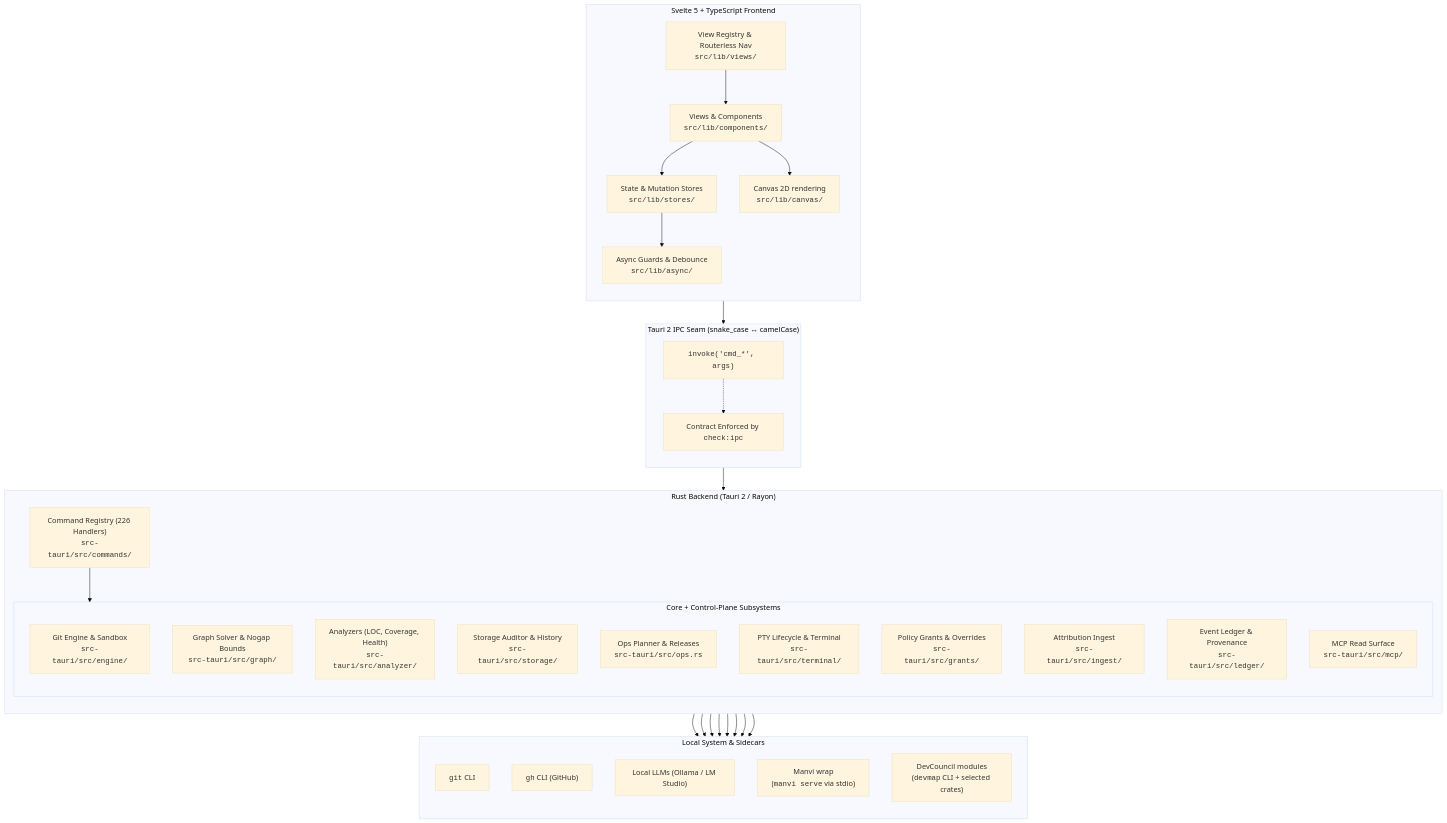
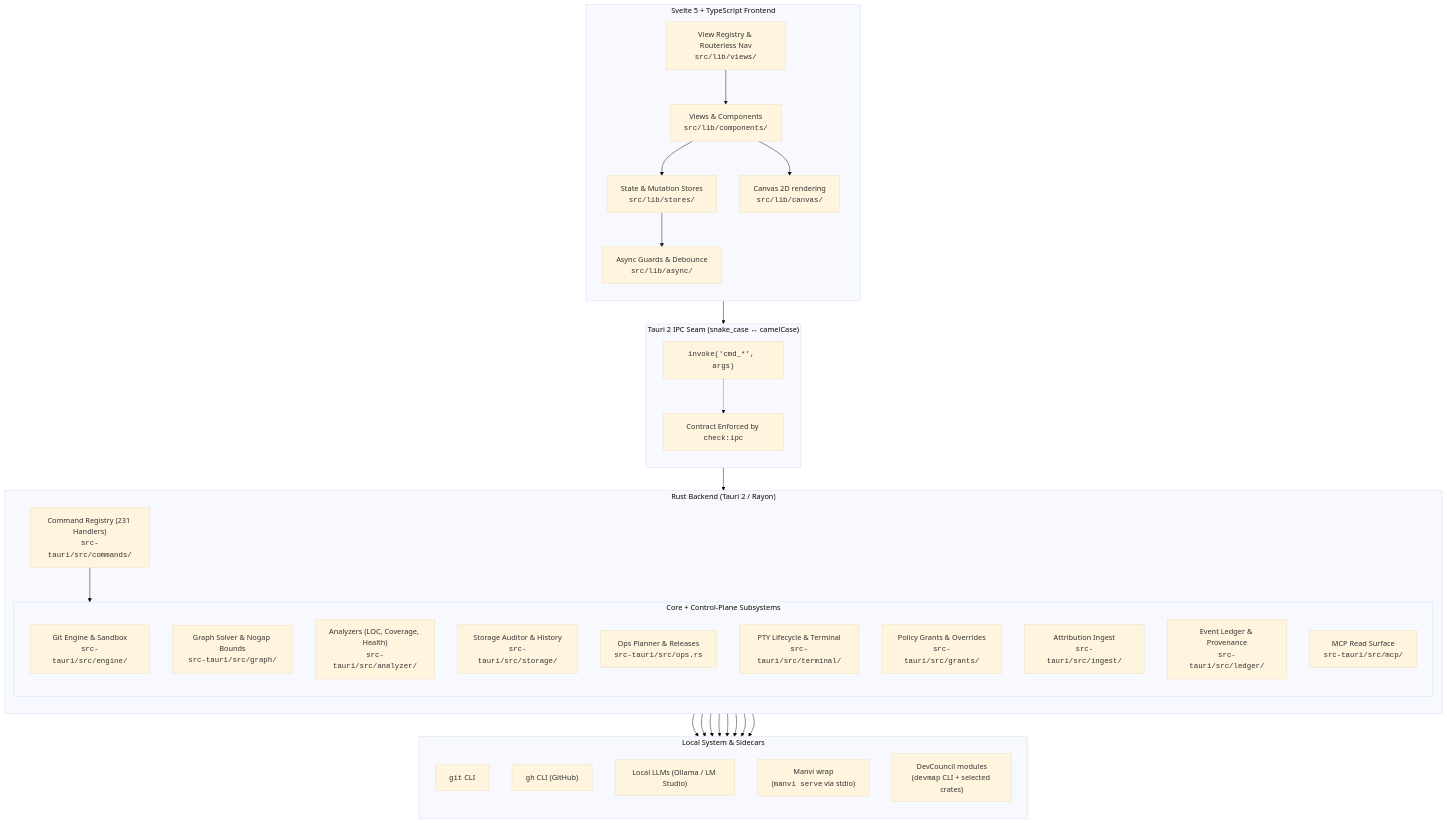
The first of 4 diagrams in docs/ARCHITECTURE.md (bharathvbcr/GitPulse), drawn with Mermaid (base theme) before and after one commit. The commit also changed other lines of this file and 82 other files, not shown here.

````diff
--- a/docs/ARCHITECTURE.md
+++ b/docs/ARCHITECTURE.md
@@ -15,63 +15,63 @@
 ```mermaid
 flowchart TB
     subgraph Frontend["Svelte 5 + TypeScript Frontend"]
         direction TB
         UI["Views & Components<br/><code>src/lib/components/</code>"]
         Stores["State & Mutation Stores<br/><code>src/lib/stores/</code>"]
         Registry["View Registry & Routerless Nav<br/><code>src/lib/views/</code>"]
         Canvas["Canvas 2D rendering<br/><code>src/lib/canvas/</code>"]
         Async["Async Guards & Debounce<br/><code>src/lib/async/</code>"]
         
         UI --> Stores
         UI --> Canvas
         Stores --> Async
         Registry --> UI
     end
 
     subgraph IPC["Tauri 2 IPC Seam (snake_case ↔ camelCase)"]
         direction TB
         Invoke["<code>invoke('cmd_*', args)</code>"]
         ContractCheck["Contract Enforced by <code>check:ipc</code>"]
         Invoke -.-> ContractCheck
     end
 
     subgraph Backend["Rust Backend (Tauri 2 / Rayon)"]
         direction TB
-        CmdRegistry["Command Registry (226 Handlers)<br/><code>src-tauri/src/commands/</code>"]
+        CmdRegistry["Command Registry (231 Handlers)<br/><code>src-tauri/src/commands/</code>"]
         
         subgraph Subsystems["Core + Control-Plane Subsystems"]
             GitEngine["Git Engine & Sandbox<br/><code>src-tauri/src/engine/</code>"]
             GraphSolver["Graph Solver & Nogap Bounds<br/><code>src-tauri/src/graph/</code>"]
             Analyzers["Analyzers (LOC, Coverage, Health)<br/><code>src-tauri/src/analyzer/</code>"]
             StorageAuditor["Storage Auditor & History<br/><code>src-tauri/src/storage/</code>"]
             OpsPlanner["Ops Planner & Releases<br/><code>src-tauri/src/ops.rs</code>"]
             PtyTerminal["PTY Lifecycle & Terminal<br/><code>src-tauri/src/terminal/</code>"]
             Grants["Policy Grants & Overrides<br/><code>src-tauri/src/grants/</code>"]
             Ingest["Attribution Ingest<br/><code>src-tauri/src/ingest/</code>"]
             Ledger["Event Ledger & Provenance<br/><code>src-tauri/src/ledger/</code>"]
             MCP["MCP Read Surface<br/><code>src-tauri/src/mcp/</code>"]
         end
         
         CmdRegistry --> Subsystems
     end
 
     subgraph External["Local System & Sidecars"]
         direction TB
         LocalGit["<code>git</code> CLI"]
         LocalGh["<code>gh</code> CLI (GitHub)"]
         LocalLLM["Local LLMs (Ollama / LM Studio)"]
         ManviSidecar["Manvi wrap<br/>(<code>manvi serve</code> via stdio)"]
         DevCouncilMods["DevCouncil modules<br/>(<code>devmap</code> CLI + selected crates)"]
     end
 
     Async --> Invoke
     Invoke --> CmdRegistry
     GitEngine --> LocalGit
     Analyzers --> LocalGit
     Analyzers --> LocalGh
     Analyzers --> LocalLLM
     OpsPlanner --> LocalGh
     OpsPlanner --> ManviSidecar
     Subsystems --> ManviSidecar
     Subsystems --> DevCouncilMods
 ```
````
